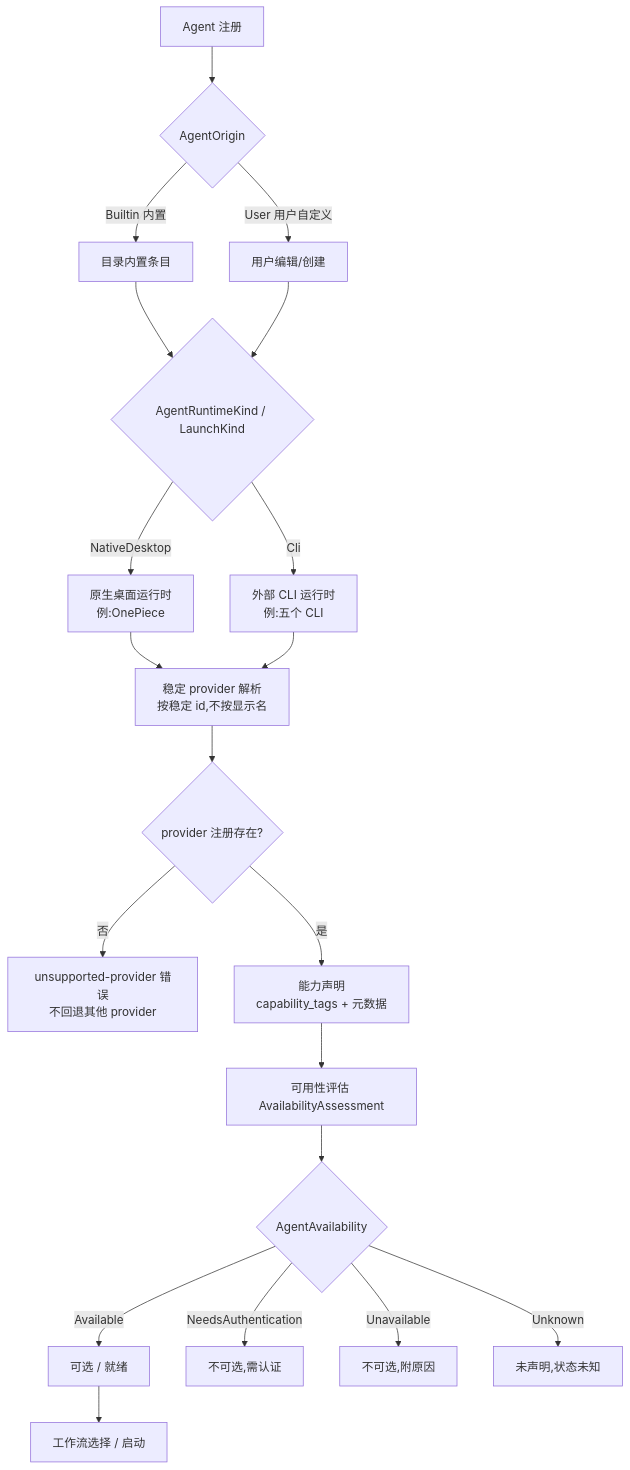
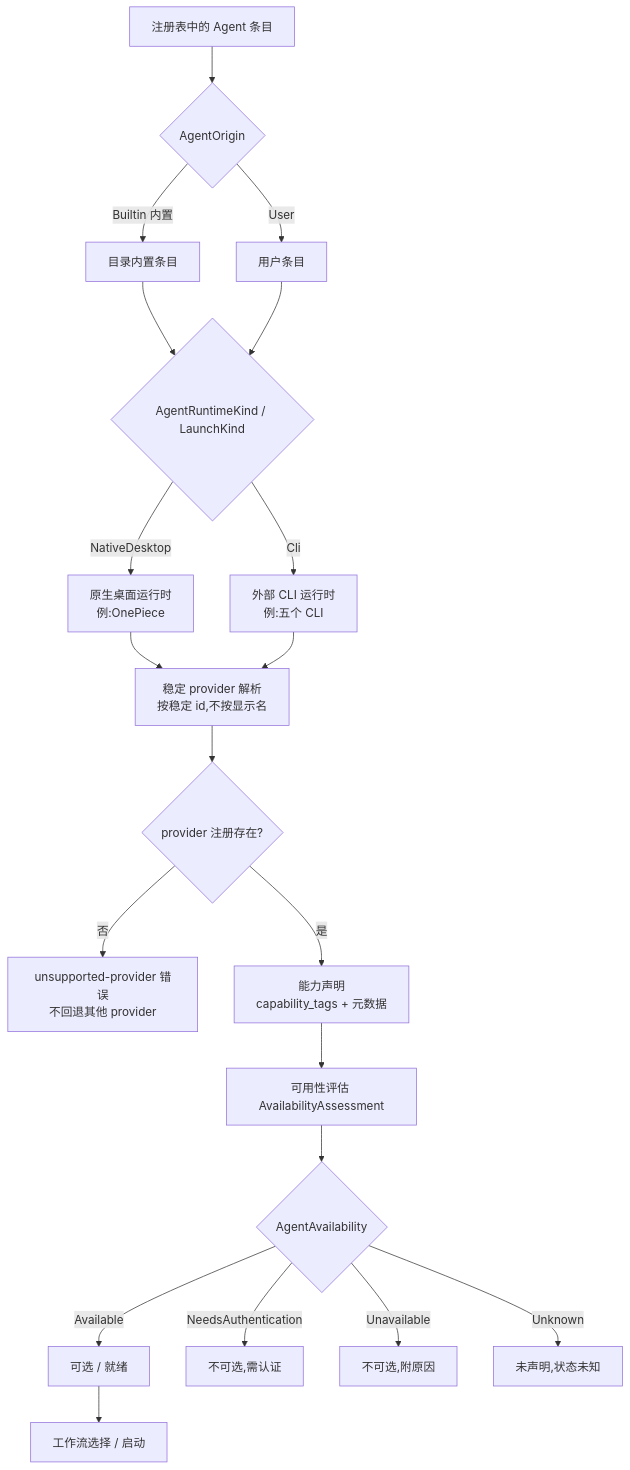
One commit to cdavid817/vanehub-ai changed the diagram in docs/developer-guide/zh-CN/src/agent-lifecycle.md. Above: the diagram before and after it, drawn with Mermaid. The commit also changed other lines of this file, not shown here.

First line of the commit message:
docs: remove Agent registration and edit details from zh-CN lifecycle

````diff
--- a/docs/developer-guide/zh-CN/src/agent-lifecycle.md
+++ b/docs/developer-guide/zh-CN/src/agent-lifecycle.md
@@ -23,22 +17,22 @@
 ```mermaid
 flowchart TD
-    A["Agent 注册"] --> B{"AgentOrigin"}
+    A["注册表中的 Agent 条目"] --> B{"AgentOrigin"}
     B -- "Builtin 内置" --> C["目录内置条目"]
-    B -- "User 用户自定义" --> D["用户编辑/创建"]
+    B -- "User" --> D["用户条目"]
     C --> E{"AgentRuntimeKind / LaunchKind"}
     D --> E
     E -- "NativeDesktop" --> F["原生桌面运行时<br/>例:OnePiece"]
     E -- "Cli" --> G["外部 CLI 运行时<br/>例:五个 CLI"]
     F --> H["稳定 provider 解析<br/>按稳定 id,不按显示名"]
     G --> H
     H --> I{"provider 注册存在?"}
     I -- "否" --> J["unsupported-provider 错误<br/>不回退其他 provider"]
     I -- "是" --> K["能力声明<br/>capability_tags + 元数据"]
     K --> L["可用性评估 AvailabilityAssessment"]
     L --> M{"AgentAvailability"}
     M -- "Available" --> N["可选 / 就绪"]
     M -- "NeedsAuthentication" --> O["不可选,需认证"]
     M -- "Unavailable" --> P["不可选,附原因"]
     M -- "Unknown" --> Q["未声明,状态未知"]
     N --> R["工作流选择 / 启动"]
 ```
````
